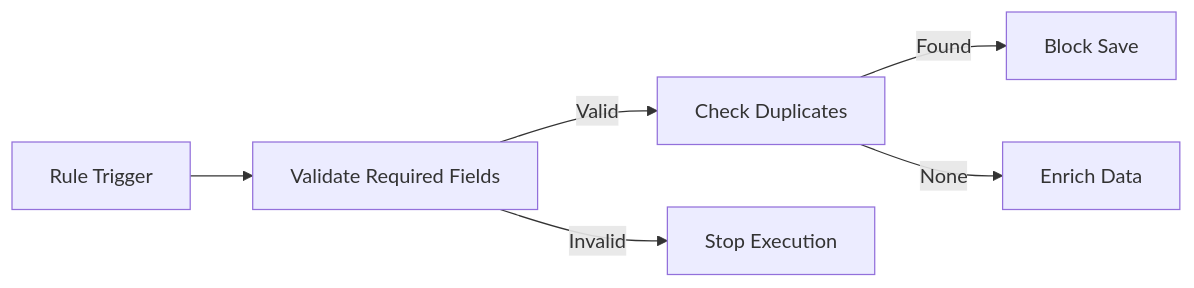
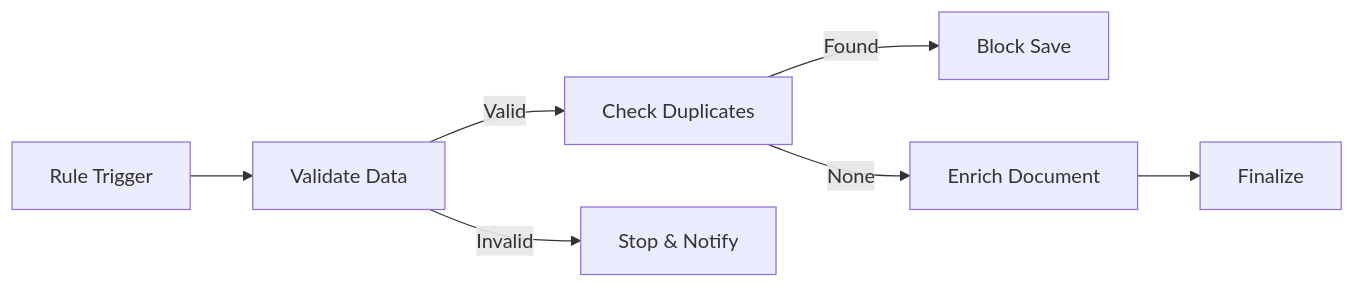
Before and after one commit to Brusk-eng/flexirule: the diagram in README.md, drawn with Mermaid. The commit also changed other lines of this file, not shown here.

````diff
--- a/README.md
+++ b/README.md
@@ -181,9 +87,10 @@
 ```mermaid
 graph LR
     Trigger[Rule Trigger]
-    --> Validate[Validate Required Fields]
+    --> Validate[Validate Data]
     Validate -->|Valid| Dedup[Check Duplicates]
-    Validate -->|Invalid| Stop[Stop Execution]
+    Validate -->|Invalid| Stop[Stop & Notify]
     Dedup -->|Found| Block[Block Save]
-    Dedup -->|None| Enrich[Enrich Data]
+    Dedup -->|None| Enrich[Enrich Document]
+    Enrich --> Success[Finalize]
 ```
````
